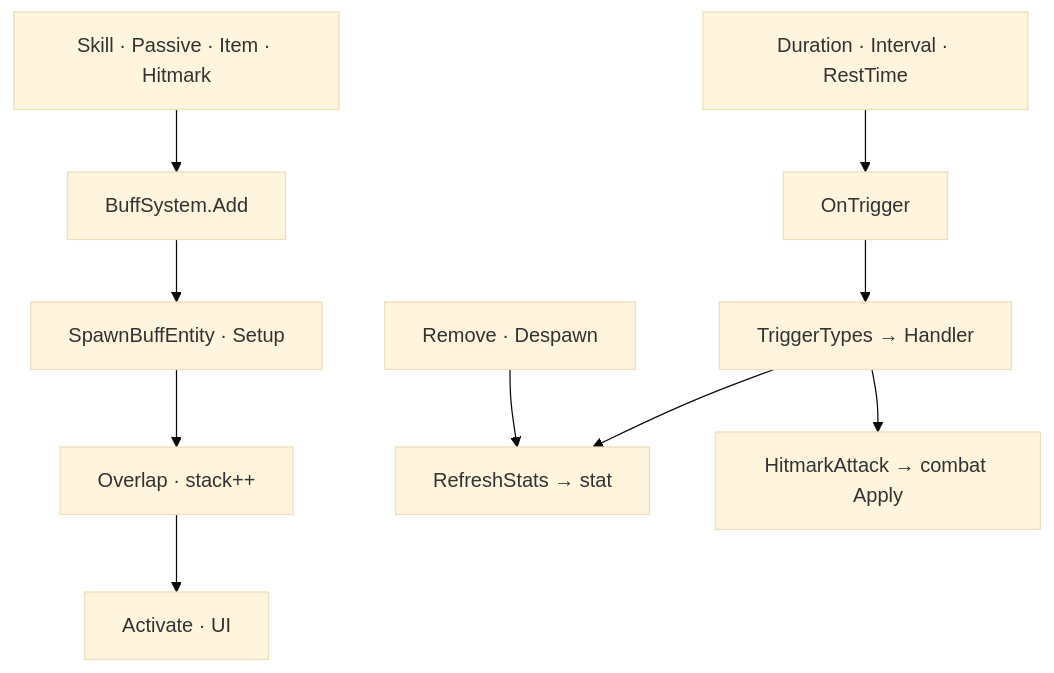
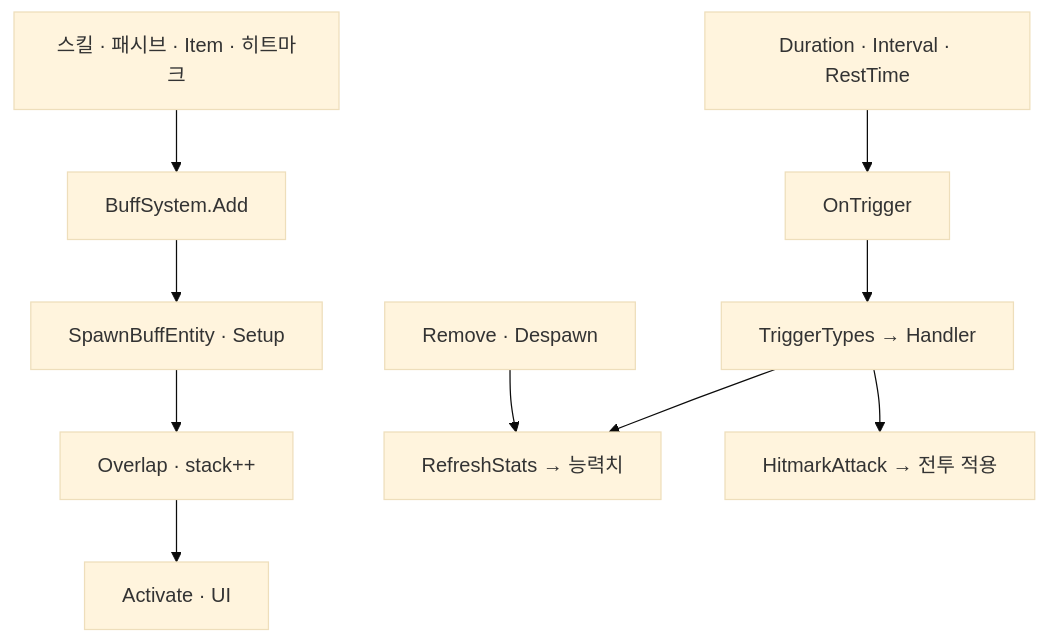
The diagram in notes/dragon-combat-buff-bridge.md (monet5379/monet5379.github.io), drawn with Mermaid (base theme) before and after one commit. The commit also changed other lines of this file and 27 other files, not shown here.

````diff
--- a/notes/dragon-combat-buff-bridge.md
+++ b/notes/dragon-combat-buff-bridge.md
@@ -46,12 +46,12 @@
 ```mermaid
 flowchart TD
-  P["Skill · Passive · Item · Hitmark"] --> AD["BuffSystem.Add"]
+  P["스킬 · 패시브 · Item · 히트마크"] --> AD["BuffSystem.Add"]
   AD --> SP["SpawnBuffEntity · Setup"]
   SP --> OV["Overlap · stack++"]
   OV --> ACT["Activate · UI"]
   DUR["Duration · Interval · RestTime"] --> TRG["OnTrigger"]
   TRG --> H["TriggerTypes → Handler"]
-  H --> ST["RefreshStats → stat"]
-  H --> CM["HitmarkAttack → combat Apply"]
+  H --> ST["RefreshStats → 능력치"]
+  H --> CM["HitmarkAttack → 전투 적용"]
   RM["Remove · Despawn"] --> ST
 ```
````
